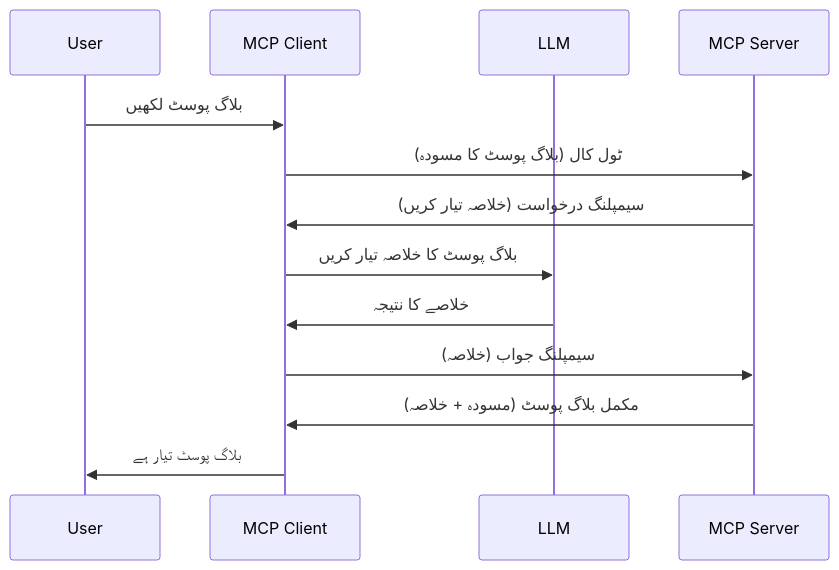
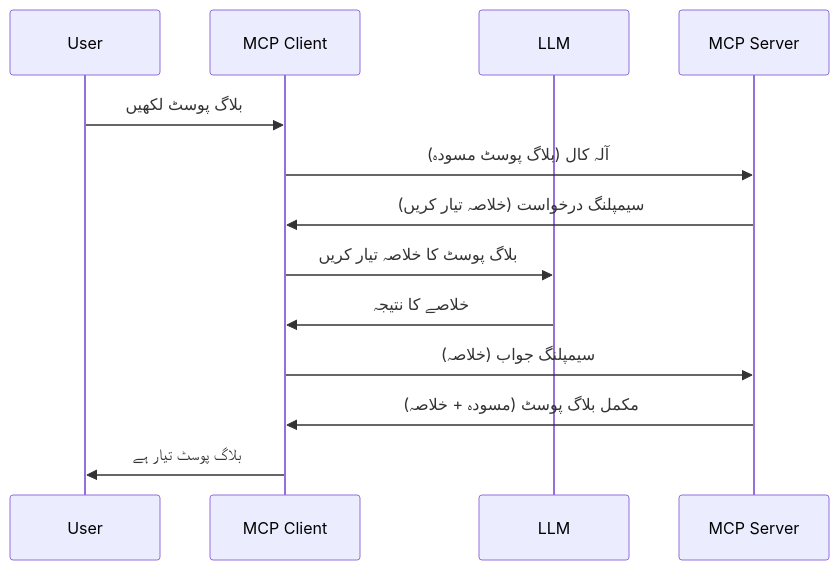
The diagram in mcp_ecosystem__model_context_protocol/mcp_learning_resources/mcp-for-beginners/translations/ur/03-GettingStarted/14-sampling/README.md (HIDORAKAI002/ai-workspace-archive), drawn with Mermaid before and after one commit. The commit also changed other lines of this file and 1160 other files, not shown here.

````diff
--- a/mcp_ecosystem__model_context_protocol/mcp_learning_resources/mcp-for-beginners/translations/ur/03-GettingStarted/14-sampling/README.md
+++ b/mcp_ecosystem__model_context_protocol/mcp_learning_resources/mcp-for-beginners/translations/ur/03-GettingStarted/14-sampling/README.md
@@ -23,16 +23,16 @@
 ```mermaid
 sequenceDiagram
     participant User
     participant MCP Client
     participant LLM
     participant MCP Server
 
     User->>MCP Client: بلاگ پوسٹ لکھیں
-    MCP Client->>MCP Server: ٹول کال (بلاگ پوسٹ کا مسودہ)
+    MCP Client->>MCP Server: آلہ کال (بلاگ پوسٹ مسودہ)
     MCP Server->>MCP Client: سیمپلنگ درخواست (خلاصہ تیار کریں)
     MCP Client->>LLM: بلاگ پوسٹ کا خلاصہ تیار کریں
     LLM->>MCP Client: خلاصے کا نتیجہ
     MCP Client->>MCP Server: سیمپلنگ جواب (خلاصہ)
     MCP Server->>MCP Client: مکمل بلاگ پوسٹ (مسودہ + خلاصہ)
     MCP Client->>User: بلاگ پوسٹ تیار ہے
 ```
````
